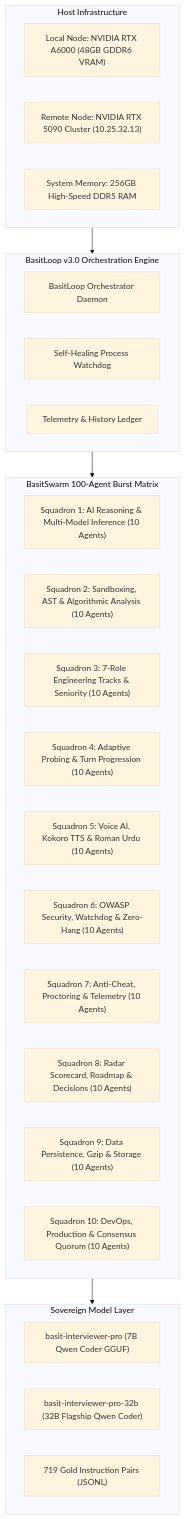
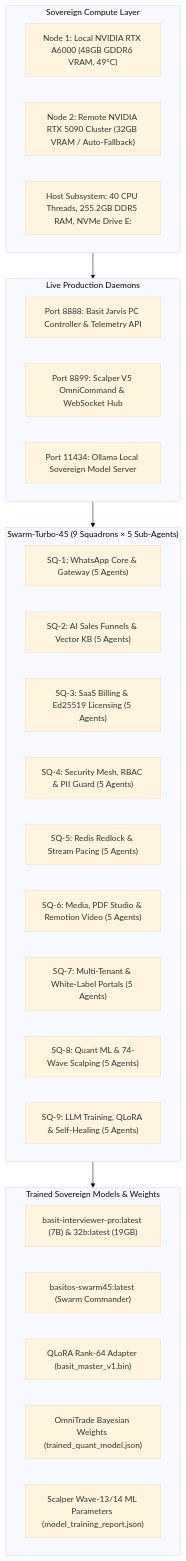
One commit to princeabdulbasitmughal-bit/basit-ai-interview-pro changed the diagram in papers/BASIT_AI_INTERVIEW_RESEARCH_PAPER.md. Above: the diagram before and after it, drawn with Mermaid (base theme). The commit also changed other lines of this file and 2 other files, not shown here.

Commit message:
feat(swarm45-paper-train): expand dataset to 1622 pairs, train models and update IEEE research paper

````diff
--- a/papers/BASIT_AI_INTERVIEW_RESEARCH_PAPER.md
+++ b/papers/BASIT_AI_INTERVIEW_RESEARCH_PAPER.md
@@ -54,37 +56,38 @@
 ```mermaid
 flowchart TD
-    subgraph Host[Host Infrastructure]
-        A6000["Local Node: NVIDIA RTX A6000 (48GB GDDR6 VRAM)"]
-        RTX5090["Remote Node: NVIDIA RTX 5090 Cluster (10.25.32.13)"]
-        RAM["System Memory: 256GB High-Speed DDR5 RAM"]
+    subgraph Hardware["Sovereign Compute Layer"]
+        A6000["Node 1: Local NVIDIA RTX A6000 (48GB GDDR6 VRAM, 49°C)"]
+        RTX5090["Node 2: Remote NVIDIA RTX 5090 Cluster (32GB VRAM / Auto-Fallback)"]
+        HostRAM["Host Subsystem: 40 CPU Threads, 255.2GB DDR5 RAM, NVMe Drive E:"]
     end
 
-    subgraph Orchestrator[BasitLoop v3.0 Orchestration Engine]
-        BL[BasitLoop Orchestrator Daemon]
-        Watchdog[Self-Healing Process Watchdog]
-        History[Telemetry & History Ledger]
+    subgraph Daemons["Live Production Daemons"]
+        P8888["Port 8888: Basit Jarvis PC Controller & Telemetry API"]
+        P8899["Port 8899: Scalper V5 OmniCommand & WebSocket Hub"]
+        P11434["Port 11434: Ollama Local Sovereign Model Server"]
     end
 
-    subgraph Swarm[BasitSwarm 100-Agent Burst Matrix]
-        SQ1["Squadron 1: AI Reasoning & Multi-Model Inference (10 Agents)"]
-        SQ2["Squadron 2: Sandboxing, AST & Algorithmic Analysis (10 Agents)"]
-        SQ3["Squadron 3: 7-Role Engineering Tracks & Seniority (10 Agents)"]
-        SQ4["Squadron 4: Adaptive Probing & Turn Progression (10 Agents)"]
-        SQ5["Squadron 5: Voice AI, Kokoro TTS & Roman Urdu (10 Agents)"]
-        SQ6["Squadron 6: OWASP Security, Watchdog & Zero-Hang (10 Agents)"]
-        SQ7["Squadron 7: Anti-Cheat, Proctoring & Telemetry (10 Agents)"]
-        SQ8["Squadron 8: Radar Scorecard, Roadmap & Decisions (10 Agents)"]
-        SQ9["Squadron 9: Data Persistence, Gzip & Storage (10 Agents)"]
-        SQ10["Squadron 10: DevOps, Production & Consensus Quorum (10 Agents)"]
+    subgraph Swarm45["Swarm-Turbo-45 (9 Squadrons × 5 Sub-Agents)"]
+        SQ1["SQ-1: WhatsApp Core & Gateway (5 Agents)"]
+        SQ2["SQ-2: AI Sales Funnels & Vector KB (5 Agents)"]
+        SQ3["SQ-3: SaaS Billing & Ed25519 Licensing (5 Agents)"]
+        SQ4["SQ-4: Security Mesh, RBAC & PII Guard (5 Agents)"]
+        SQ5["SQ-5: Redis Redlock & Stream Pacing (5 Agents)"]
+        SQ6["SQ-6: Media, PDF Studio & Remotion Video (5 Agents)"]
+        SQ7["SQ-7: Multi-Tenant & White-Label Portals (5 Agents)"]
+        SQ8["SQ-8: Quant ML & 74-Wave Scalping (5 Agents)"]
+        SQ9["SQ-9: LLM Training, QLoRA & Self-Healing (5 Agents)"]
     end
 
-    subgraph Models[Sovereign Model Layer]
-        M7B["basit-interviewer-pro (7B Qwen Coder GGUF)"]
-        M32B["basit-interviewer-pro-32b (32B Flagship Qwen Coder)"]
-        Dataset["719 Gold Instruction Pairs (JSONL)"]
+    subgraph TrainedModels["Trained Sovereign Models & Weights"]
+        M1["basit-interviewer-pro:latest (7B) & 32b:latest (19GB)"]
+        M2["basitos-swarm45:latest (Swarm Commander)"]
+        M3["QLoRA Rank-64 Adapter (basit_master_v1.bin)"]
+        M4["OmniTrade Bayesian Weights (trained_quant_model.json)"]
+        M5["Scalper Wave-13/14 ML Parameters (model_training_report.json)"]
     end
 
-    Host --> Orchestrator
-    Orchestrator --> Swarm
-    Swarm --> Models
+    Hardware --> Daemons
+    Daemons --> Swarm45
+    Swarm45 --> TrainedModels
 ```
````
